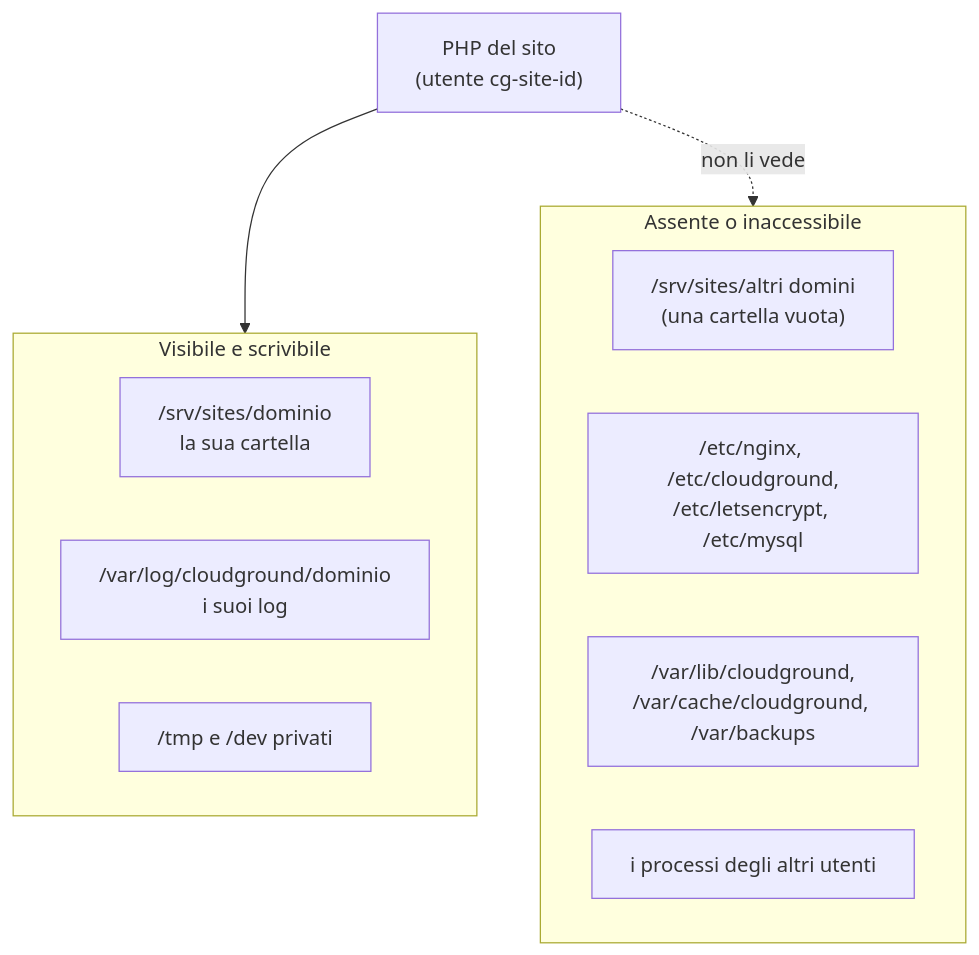
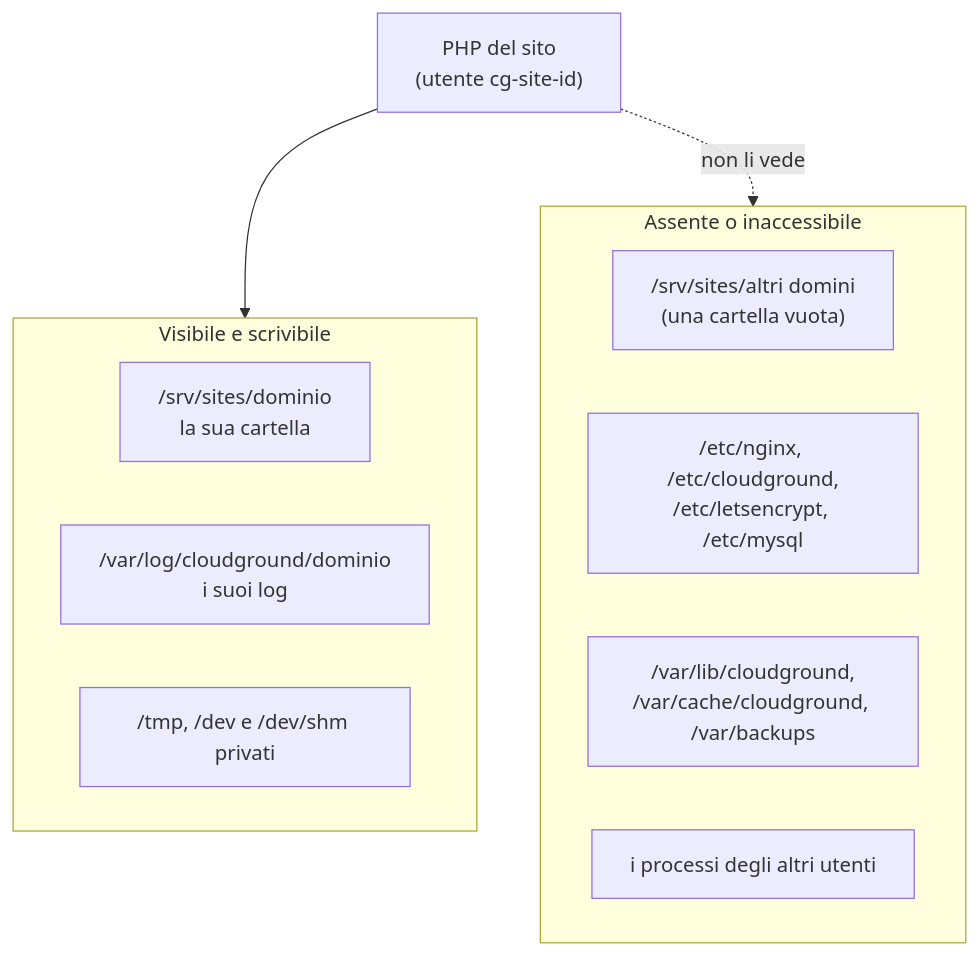
The diagram in docs/explanation/site-isolation.mdx (cloudground-it/cloudground-docs), drawn with Mermaid before and after one commit. The commit also changed other lines of this file and 5 other files, not shown here.

````diff
--- a/docs/explanation/site-isolation.mdx
+++ b/docs/explanation/site-isolation.mdx
@@ -42,17 +42,17 @@
 ```mermaid
 flowchart TB
     php["PHP del sito<br/>(utente cg-site-id)"]
     subgraph visible["Visibile e scrivibile"]
         tree["/srv/sites/dominio<br/>la sua cartella"]
         logs["/var/log/cloudground/dominio<br/>i suoi log"]
-        tmp["/tmp e /dev privati"]
+        tmp["/tmp, /dev e /dev/shm privati"]
     end
     subgraph hidden["Assente o inaccessibile"]
         others["/srv/sites/altri domini<br/>(una cartella vuota)"]
         conf["/etc/nginx, /etc/cloudground,<br/>/etc/letsencrypt, /etc/mysql"]
         state["/var/lib/cloudground,<br/>/var/cache/cloudground, /var/backups"]
         procs["i processi degli altri utenti"]
     end
     php --> visible
     php -.->|non li vede| hidden
 ```
````
